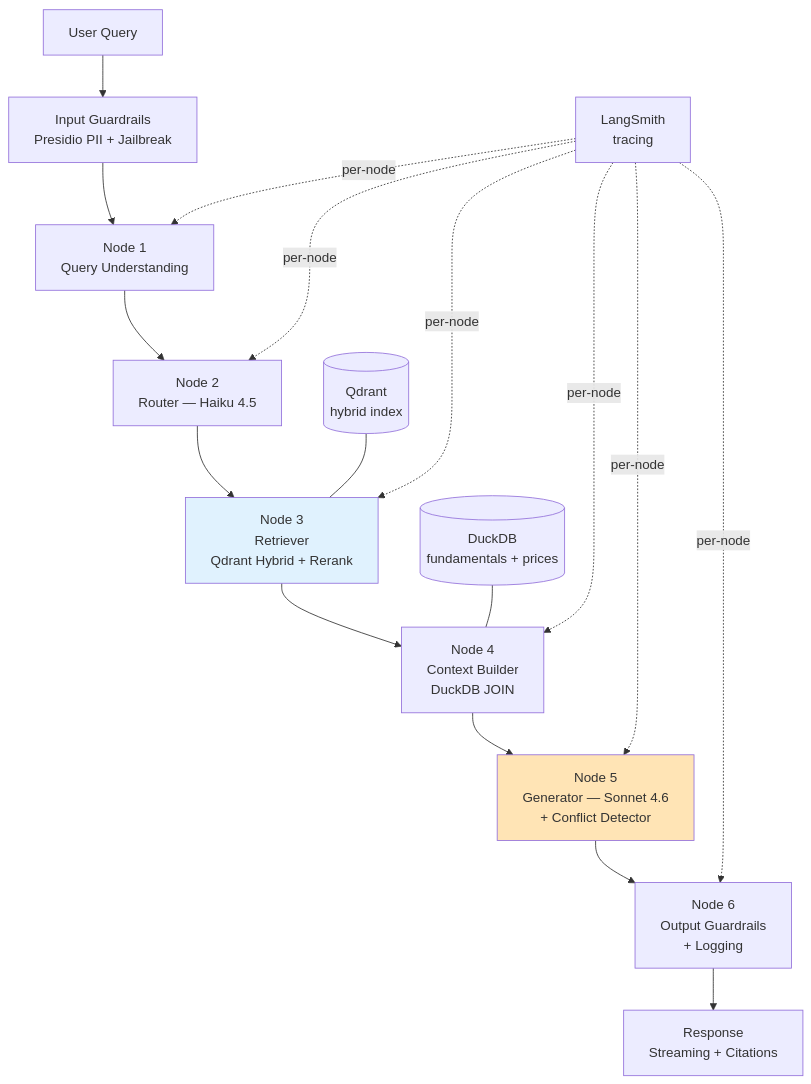
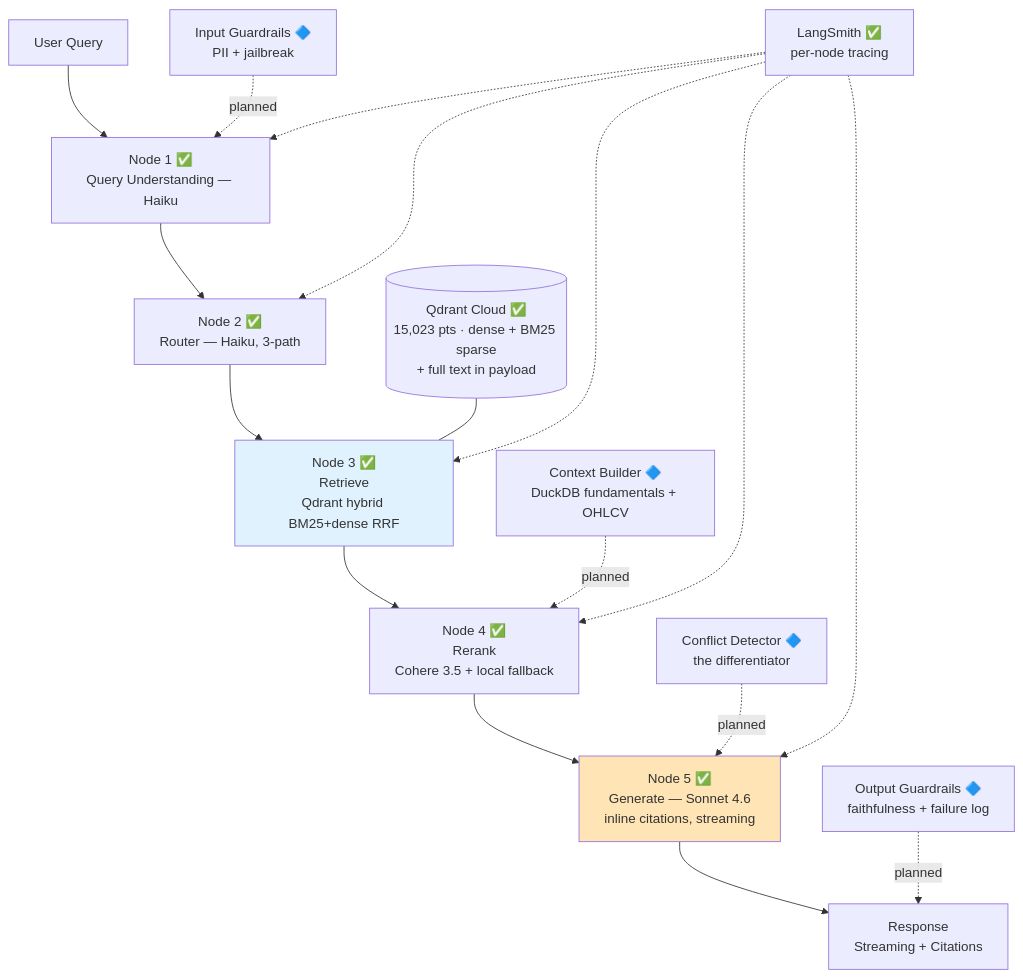
Before and after one commit to aparmarthi/rag-hybrid-search-reranking-system: the diagram in docs/architecture.md, drawn with Mermaid. The commit also changed other lines of this file and 3 other files, not shown here.

First line of the commit message:
Docs: bring architecture/README/decisions current with Week 2; add deploy guard

````diff
--- a/docs/architecture.md
+++ b/docs/architecture.md
@@ -10,23 +14,24 @@
 ```mermaid
 flowchart TB
-    U[User Query] --> IG[Input Guardrails<br/>Presidio PII + Jailbreak]
-    IG --> N1[Node 1<br/>Query Understanding]
-    N1 --> N2[Node 2<br/>Router — Haiku 4.5]
-    N2 --> N3[Node 3<br/>Retriever<br/>Qdrant Hybrid + Rerank]
-    N3 --> N4[Node 4<br/>Context Builder<br/>DuckDB JOIN]
-    N4 --> N5[Node 5<br/>Generator — Sonnet 4.6<br/>+ Conflict Detector]
-    N5 --> N6[Node 6<br/>Output Guardrails<br/>+ Logging]
-    N6 --> R[Response<br/>Streaming + Citations]
+    U[User Query] --> N1[Node 1 ✅<br/>Query Understanding — Haiku]
+    N1 --> N2[Node 2 ✅<br/>Router — Haiku, 3-path]
+    N2 --> N3[Node 3 ✅<br/>Retrieve<br/>Qdrant hybrid BM25+dense RRF]
+    N3 --> N4[Node 4 ✅<br/>Rerank<br/>Cohere 3.5 + local fallback]
+    N4 --> N5[Node 5 ✅<br/>Generate — Sonnet 4.6<br/>inline citations, streaming]
+    N5 --> R[Response<br/>Streaming + Citations]
 
-    QD[(Qdrant<br/>hybrid index)] --- N3
-    DD[(DuckDB<br/>fundamentals + prices)] --- N4
-    LS[LangSmith<br/>tracing] -.per-node.-> N1
-    LS -.per-node.-> N2
-    LS -.per-node.-> N3
-    LS -.per-node.-> N4
-    LS -.per-node.-> N5
-    LS -.per-node.-> N6
+    IG[Input Guardrails 🔷<br/>PII + jailbreak] -.planned.-> N1
+    CB[Context Builder 🔷<br/>DuckDB fundamentals + OHLCV] -.planned.-> N4
+    CD[Conflict Detector 🔷<br/>the differentiator] -.planned.-> N5
+    OG[Output Guardrails 🔷<br/>faithfulness + failure log] -.planned.-> R
+
+    QD[(Qdrant Cloud ✅<br/>15,023 pts · dense + BM25 sparse<br/>+ full text in payload)] --- N3
+    LS[LangSmith ✅<br/>per-node tracing] -.->  N1
+    LS -.-> N2
+    LS -.-> N3
+    LS -.-> N4
+    LS -.-> N5
 
     style N5 fill:#ffe4b5
     style N3 fill:#e0f2fe
 ```
````
